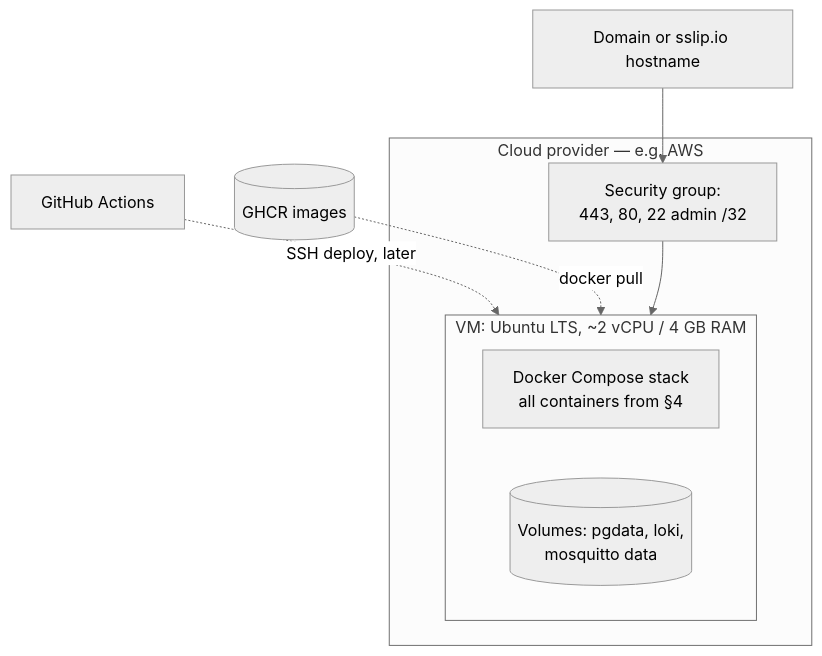
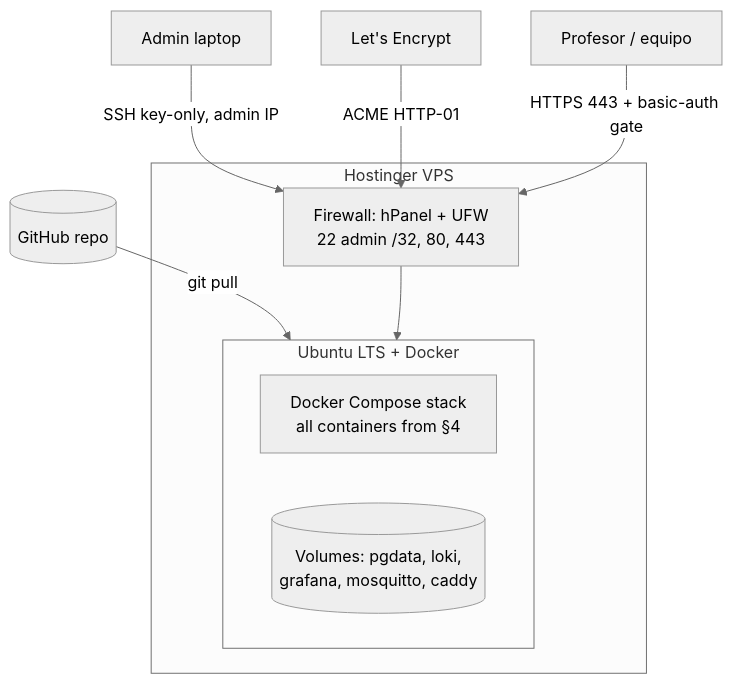
One commit to pacheco20222/parcial_4t changed diagram 11 of 11 in architecture.md. Above: the diagram before and after it, drawn with Mermaid (neutral theme). The commit also changed other lines of this file and 57 other files, not shown here.

First line of the commit message:
feat: VPS deploy prep, site gate, diagrams and backend fixes

````diff
--- a/architecture.md
+++ b/architecture.md
@@ -604,14 +604,15 @@
 ```mermaid
 flowchart TB
-    gh[GitHub Actions] -. SSH deploy, later .-> vm
-    ghcr[(GHCR images)] -. docker pull .-> vm
-    subgraph cloud[Cloud provider — e.g. AWS]
-        sg[Security group:<br/>443, 80, 22 admin /32]
-        subgraph vm[VM: Ubuntu LTS, ~2 vCPU / 4 GB RAM]
+    dev[Admin laptop] -- SSH key-only, admin IP --> fw
+    gh[(GitHub repo)] -- git pull --> vm
+    le[Let's Encrypt] -- ACME HTTP-01 --> fw
+    users[Profesor / equipo] -- HTTPS 443 + basic-auth gate --> fw
+    subgraph hostinger[Hostinger VPS]
+        fw[Firewall: hPanel + UFW<br/>22 admin /32, 80, 443]
+        subgraph vm[Ubuntu LTS + Docker]
             compose[Docker Compose stack<br/>all containers from §4]
-            vol[(Volumes: pgdata, loki,<br/>mosquitto data)]
+            vol[(Volumes: pgdata, loki,<br/>grafana, mosquitto, caddy)]
         end
-        sg --> vm
+        fw --> vm
     end
-    dns[Domain or sslip.io hostname] --> sg
 ```
````
